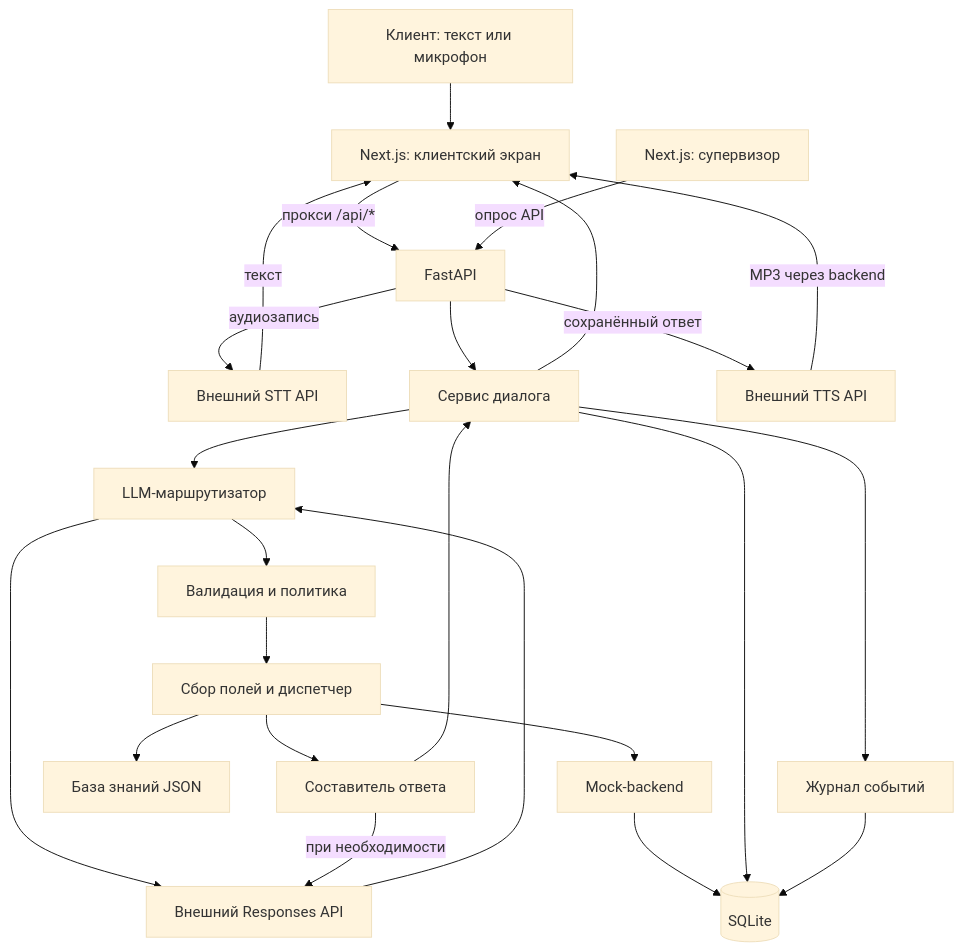
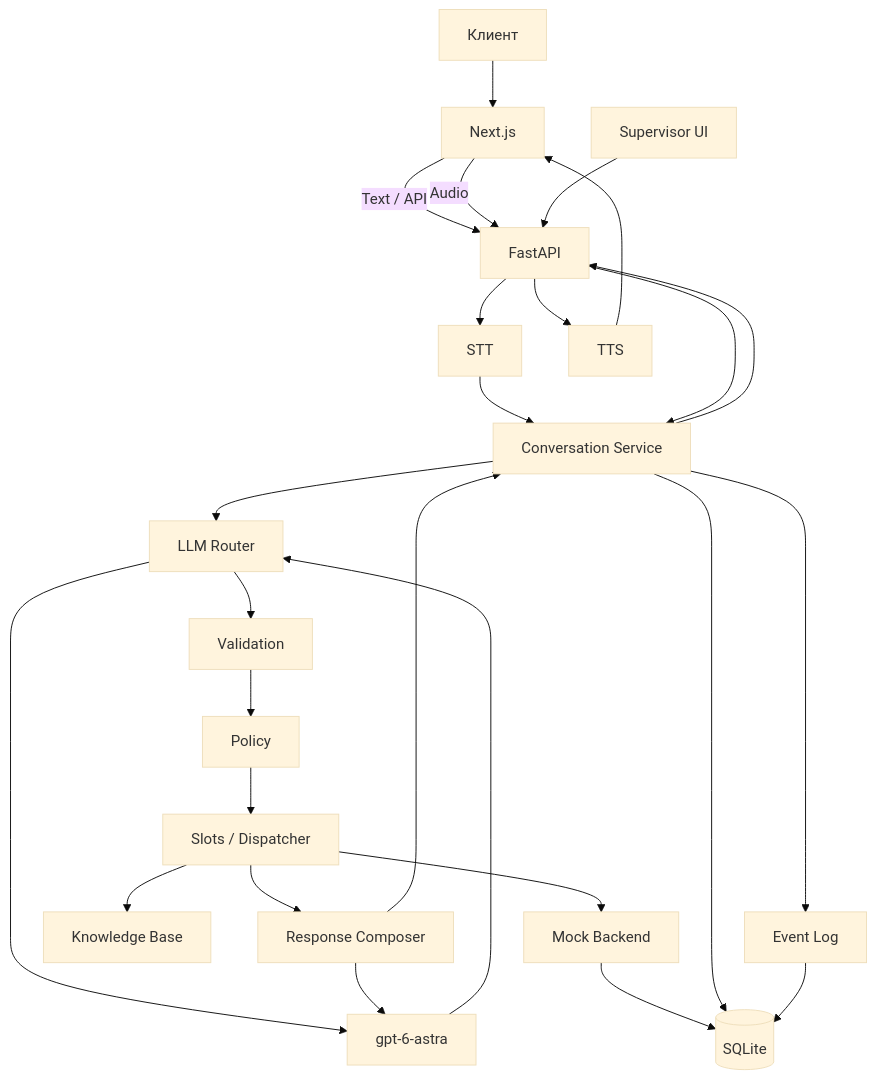
One commit to BAITC-Hacks/hack-cd37b294-qamqor-ai changed the diagram in README.md. Above: the diagram before and after it, drawn with Mermaid (base theme). The commit also changed other lines of this file, not shown here.

````diff
--- a/README.md
+++ b/README.md
@@ -85,26 +352,53 @@
 ```mermaid
 flowchart TD
-    U["Клиент: текст или микрофон"] --> F["Next.js: клиентский экран"]
-    F -->|"прокси /api/*"| B["FastAPI"]
-    B -->|"аудиозапись"| STT["Внешний STT API"]
-    STT -->|"текст"| F
-    B --> C["Сервис диалога"]
-    C --> R["LLM-маршрутизатор"]
-    R --> A["Внешний Responses API"]
-    A --> R
-    R --> V["Валидация и политика"]
-    V --> D["Сбор полей и диспетчер"]
-    D --> M["Mock-backend"]
-    D --> K["База знаний JSON"]
+
+    U["Клиент"] --> F["Next.js"]
+
+    F -->|"Text / API"| B["FastAPI"]
+
+    F -->|"Audio"| B
+
+    B --> STT["STT"]
+
+    STT --> C["Conversation Service"]
+
+    B --> C
+
+    C --> R["LLM Router"]
+
+    R --> AI["gpt-6-astra"]
+
+    AI --> R
+
+    R --> V["Validation"]
+
+    V --> P["Policy"]
+
+    P --> S["Slots / Dispatcher"]
+
+    S --> M["Mock Backend"]
+
+    S --> K["Knowledge Base"]
+
     M --> DB[("SQLite")]
+
     C --> DB
-    D --> O["Составитель ответа"]
-    O -->|"при необходимости"| A
-    O --> C
-    C --> F
-    B -->|"сохранённый ответ"| TTS["Внешний TTS API"]
-    TTS -->|"MP3 через backend"| F
-    C --> E["Журнал событий"]
+
+    S --> RC["Response Composer"]
+
+    RC --> AI
+
+    RC --> C
+
+    C --> B
+
+    B --> TTS["TTS"]
+
+    TTS --> F
+
+    C --> E["Event Log"]
+
     E --> DB
-    S["Next.js: супервизор"] -->|"опрос API"| B
+
+    SUP["Supervisor UI"] --> B
 ```
````
